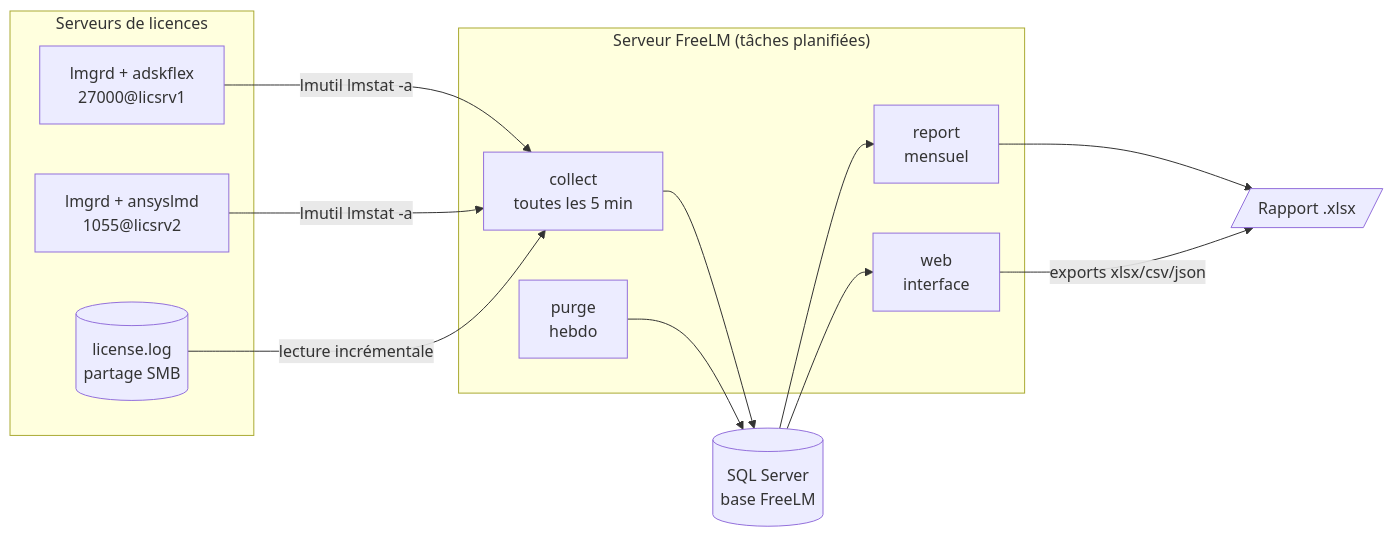
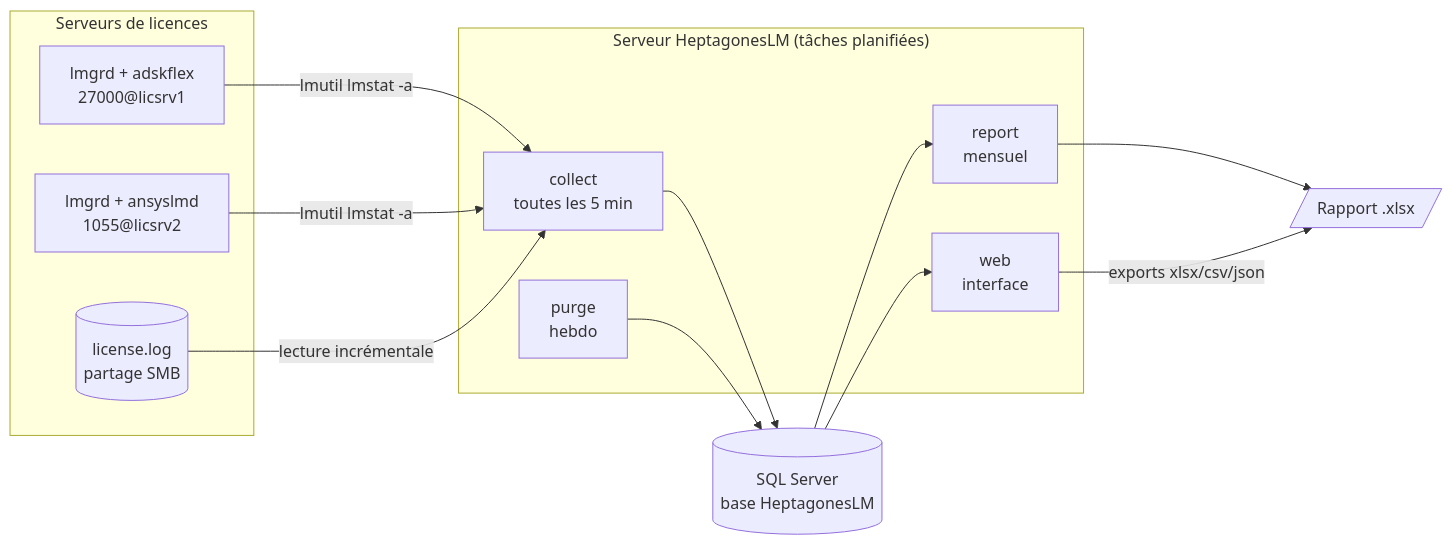
Before and after one commit to Valou94460/HEPTAGONES-LM: the first of 3 diagrams in docs/ARCHITECTURE.md, drawn with Mermaid. The commit also changed other lines of this file and 159 other files, not shown here.

First line of the commit message:
Nouveau nom : HeptagonesLM (anciennement FreeLM), avec le logo heptagone

````diff
--- a/docs/ARCHITECTURE.md
+++ b/docs/ARCHITECTURE.md
@@ -10,26 +10,26 @@
 ```mermaid
 flowchart LR
     subgraph Serveurs de licences
         A1[lmgrd + adskflex<br/>27000@licsrv1]
         A2[lmgrd + ansyslmd<br/>1055@licsrv2]
         L2[(license.log<br/>partage SMB)]
     end
 
-    subgraph "Serveur FreeLM (tâches planifiées)"
+    subgraph "Serveur HeptagonesLM (tâches planifiées)"
         C1[collect<br/>toutes les 5 min]
         R1[report<br/>mensuel]
         W1[web<br/>interface]
         P1[purge<br/>hebdo]
     end
 
-    DB[(SQL Server<br/>base FreeLM)]
+    DB[(SQL Server<br/>base HeptagonesLM)]
     X[/Rapport .xlsx/]
 
     A1 -- "lmutil lmstat -a" --> C1
     A2 -- "lmutil lmstat -a" --> C1
     L2 -- "lecture incrémentale" --> C1
     C1 --> DB
     DB --> R1 --> X
     DB --> W1 -- "exports xlsx/csv/json" --> X
     P1 --> DB
 ```
````
